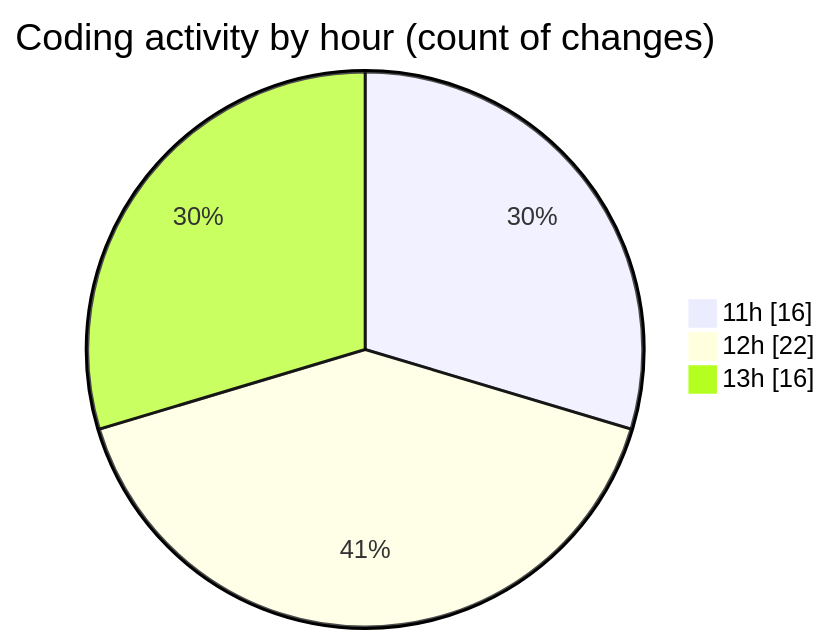
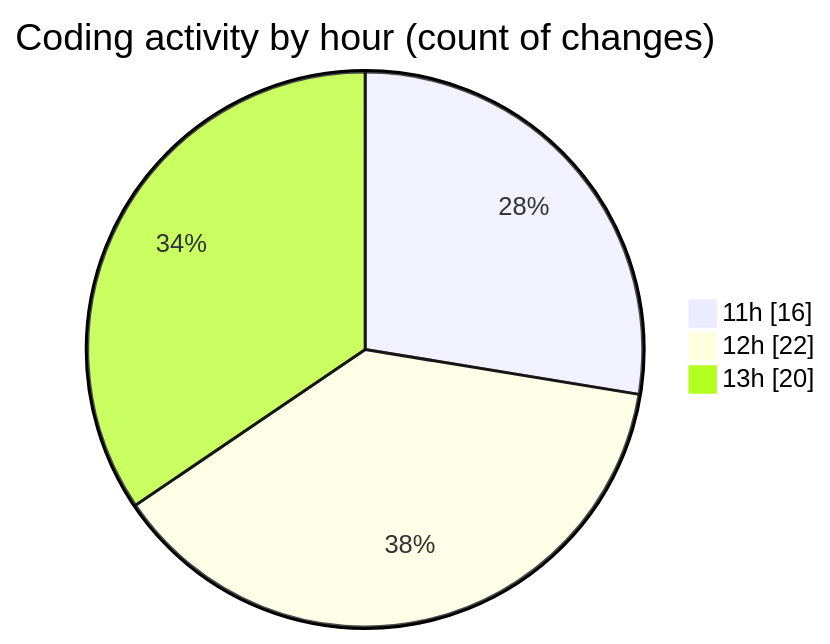
The second of 2 diagrams in 2025-03-25/wordle/README.md (donsfak/code-tracking), drawn with Mermaid before and after one commit. The commit also changed other lines of this file and 1 other file, not shown here.

````diff
--- a/2025-03-25/wordle/README.md
+++ b/2025-03-25/wordle/README.md
@@ -34,7 +34,7 @@
 ```mermaid
 pie showData
 title Coding activity by hour (count of changes)
 "11h" : 16
 "12h" : 22
-"13h" : 16
+"13h" : 20
 ```
````
